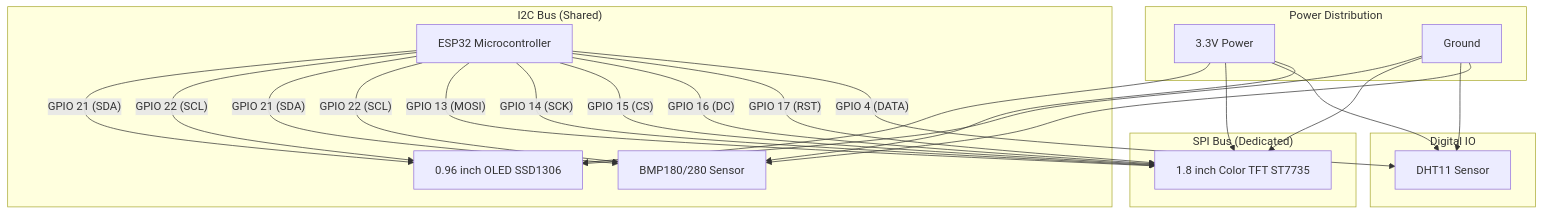
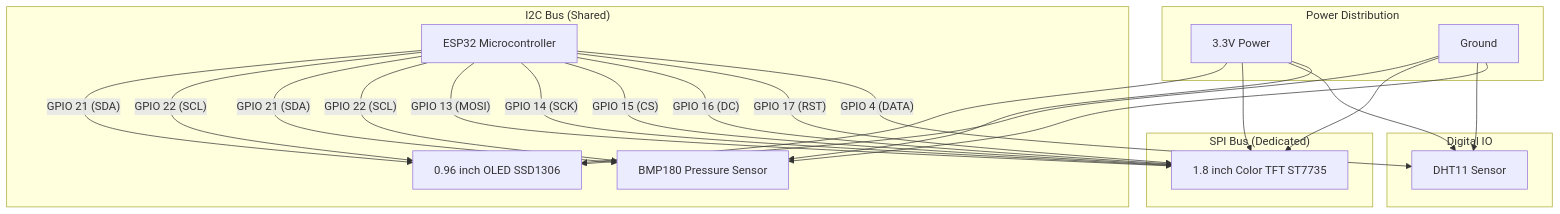
The diagram in README.md (as-repo1/chaos-desky), drawn with Mermaid before and after one commit. The commit also changed other lines of this file, not shown here.

````diff
--- a/README.md
+++ b/README.md
@@ -95,34 +50,34 @@
 ```mermaid
 graph TD
     ESP32["ESP32 Microcontroller"]
 
     subgraph I2C_Bus ["I2C Bus (Shared)"]
         ESP32 -- "GPIO 21 (SDA)" --> OLED["0.96 inch OLED SSD1306"]
         ESP32 -- "GPIO 22 (SCL)" --> OLED
-        ESP32 -- "GPIO 21 (SDA)" --> BMP["BMP180/280 Sensor"]
+        ESP32 -- "GPIO 21 (SDA)" --> BMP["BMP180 Pressure Sensor"]
         ESP32 -- "GPIO 22 (SCL)" --> BMP
     end
 
     subgraph SPI_Bus ["SPI Bus (Dedicated)"]
         ESP32 -- "GPIO 13 (MOSI)" --> TFT["1.8 inch Color TFT ST7735"]
         ESP32 -- "GPIO 14 (SCK)"  --> TFT
         ESP32 -- "GPIO 15 (CS)"   --> TFT
         ESP32 -- "GPIO 16 (DC)"   --> TFT
         ESP32 -- "GPIO 17 (RST)"  --> TFT
     end
 
     subgraph Digital_IO ["Digital IO"]
         ESP32 -- "GPIO 4 (DATA)"  --> DHT["DHT11 Sensor"]
     end
 
     subgraph Power_Dist ["Power Distribution"]
         3V3["3.3V Power"] --> OLED
         3V3 --> TFT
         3V3 --> DHT
         3V3 --> BMP
         GND["Ground"]     --> OLED
         GND --> TFT
         GND --> DHT
         GND --> BMP
     end
 ```
````
